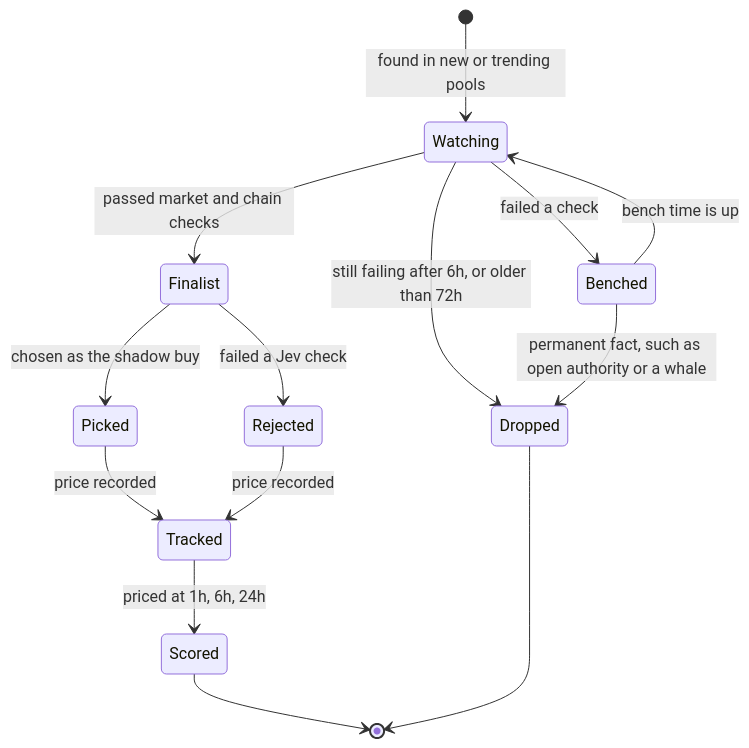
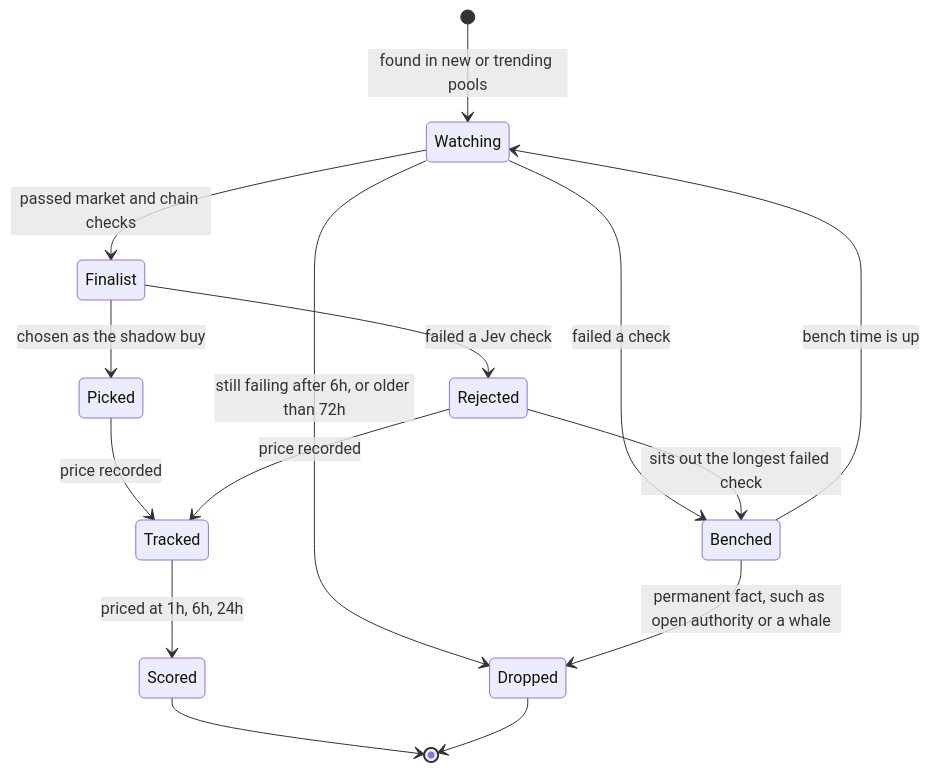
The seventh of 8 diagrams in ARCHITECTURE.md (NickHammer/jev-desk), drawn with Mermaid before and after one commit. The commit also changed other lines of this file and 10 other files, not shown here.

````diff
--- a/ARCHITECTURE.md
+++ b/ARCHITECTURE.md
@@ -143,16 +174,17 @@
 ```mermaid
 stateDiagram-v2
     [*] --> Watching: found in new or trending pools
     Watching --> Benched: failed a check
     Benched --> Watching: bench time is up
     Watching --> Dropped: still failing after 6h, or older than 72h
     Benched --> Dropped: permanent fact, such as open authority or a whale
     Watching --> Finalist: passed market and chain checks
     Finalist --> Rejected: failed a Jev check
+    Rejected --> Benched: sits out the longest failed check
     Finalist --> Picked: chosen as the shadow buy
     Picked --> Tracked: price recorded
     Rejected --> Tracked: price recorded
     Tracked --> Scored: priced at 1h, 6h, 24h
     Scored --> [*]
     Dropped --> [*]
 ```
````
